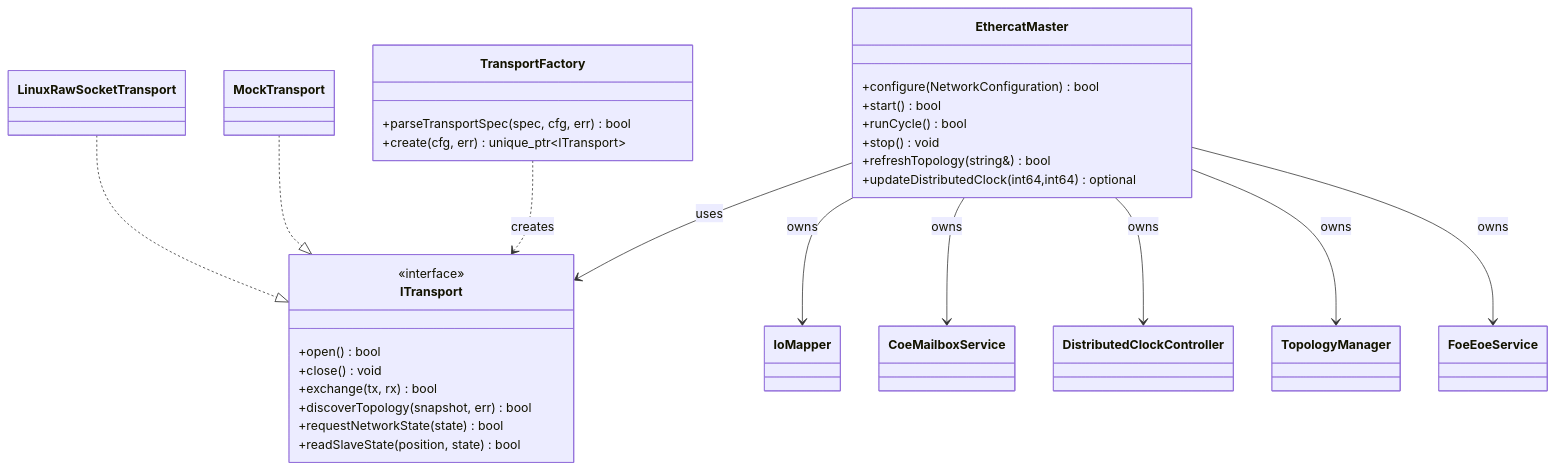
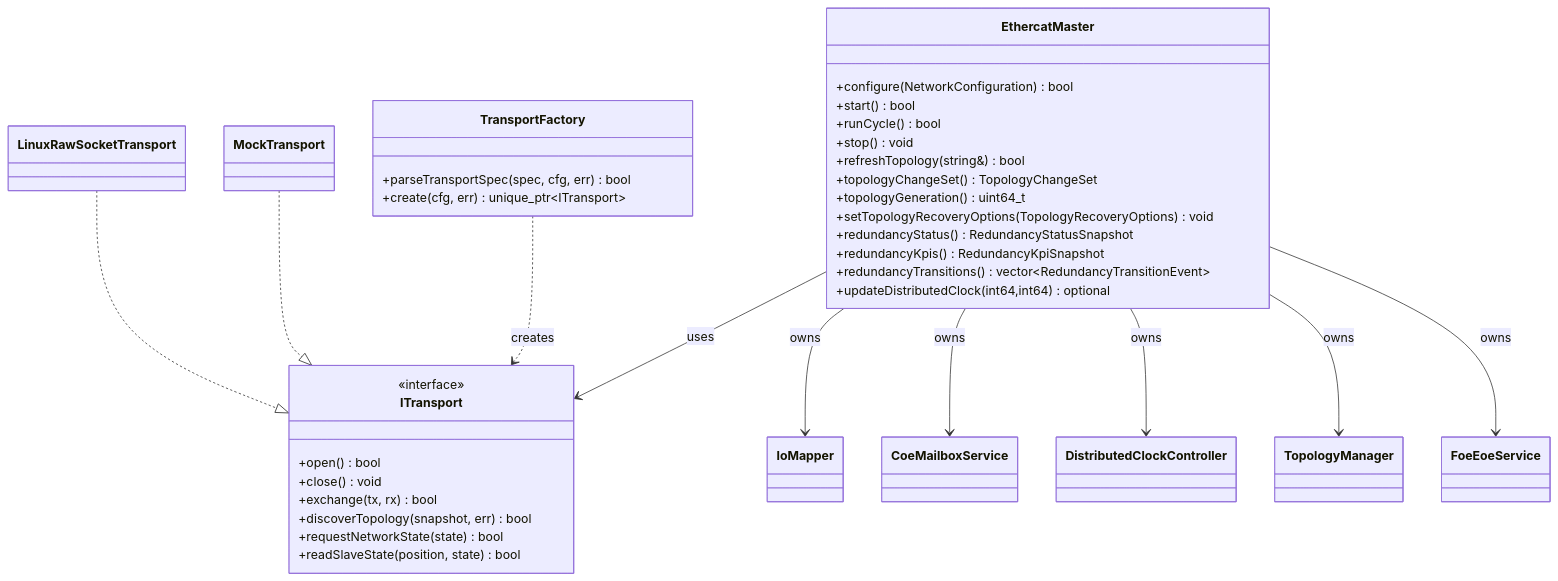
The second of 8 diagrams in docs/architecture.md (robotcontrol-xyz/openethercat), drawn with Mermaid before and after one commit. The commit also changed other lines of this file and 2 other files, not shown here.

Commit message:
Update docs for topology and redundancy public APIs

````diff
--- a/docs/architecture.md
+++ b/docs/architecture.md
@@ -101,43 +104,49 @@
 ```mermaid
 classDiagram
     class EthercatMaster {
       +configure(NetworkConfiguration) bool
       +start() bool
       +runCycle() bool
       +stop() void
       +refreshTopology(string&) bool
+      +topologyChangeSet() TopologyChangeSet
+      +topologyGeneration() uint64_t
+      +setTopologyRecoveryOptions(TopologyRecoveryOptions) void
+      +redundancyStatus() RedundancyStatusSnapshot
+      +redundancyKpis() RedundancyKpiSnapshot
+      +redundancyTransitions() vector~RedundancyTransitionEvent~
       +updateDistributedClock(int64,int64) optional<int64>
     }
 
     class ITransport {
       <<interface>>
       +open() bool
       +close() void
       +exchange(tx, rx) bool
       +discoverTopology(snapshot, err) bool
       +requestNetworkState(state) bool
       +readSlaveState(position, state) bool
     }
 
     class LinuxRawSocketTransport
     class MockTransport
     class TransportFactory {
       +parseTransportSpec(spec, cfg, err) bool
       +create(cfg, err) unique_ptr~ITransport~
     }
     class IoMapper
     class CoeMailboxService
     class DistributedClockController
     class TopologyManager
     class FoeEoeService
 
     EthercatMaster --> ITransport : uses
     EthercatMaster --> IoMapper : owns
     EthercatMaster --> CoeMailboxService : owns
     EthercatMaster --> DistributedClockController : owns
     EthercatMaster --> TopologyManager : owns
     EthercatMaster --> FoeEoeService : owns
     LinuxRawSocketTransport ..|> ITransport
     MockTransport ..|> ITransport
     TransportFactory ..> ITransport : creates
 ```
````
